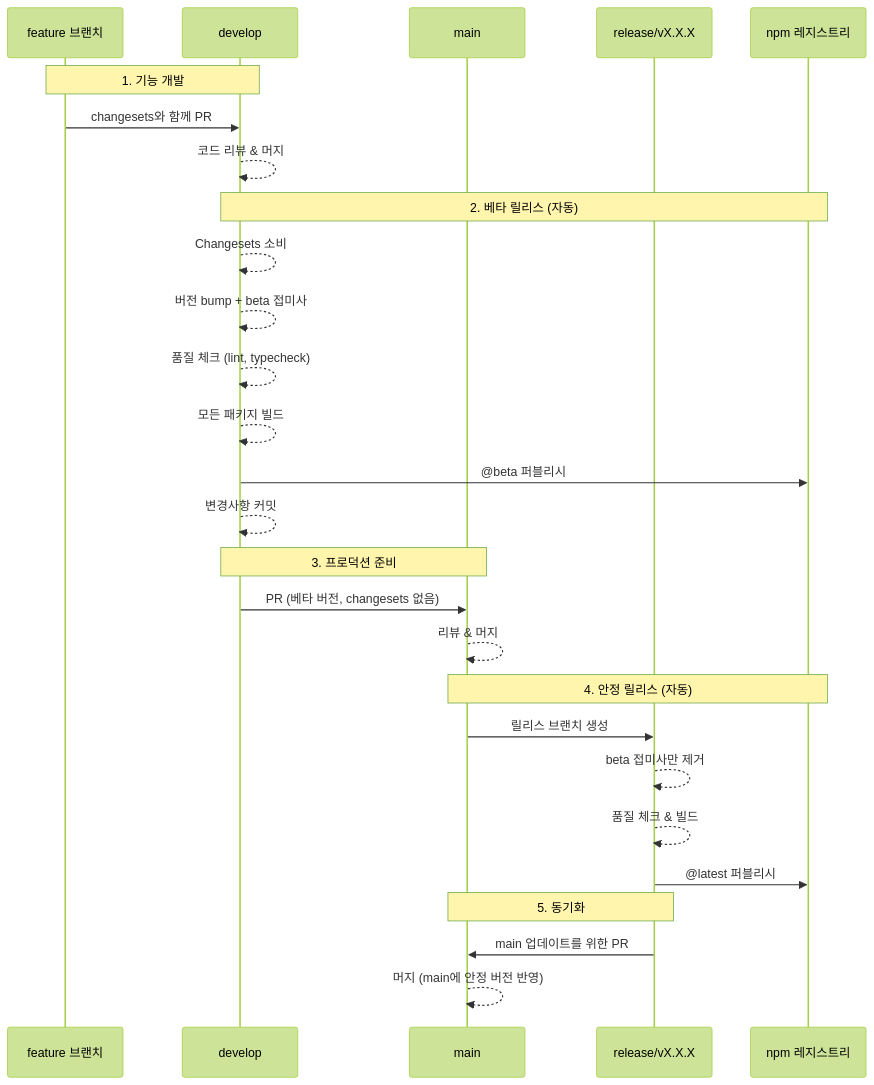
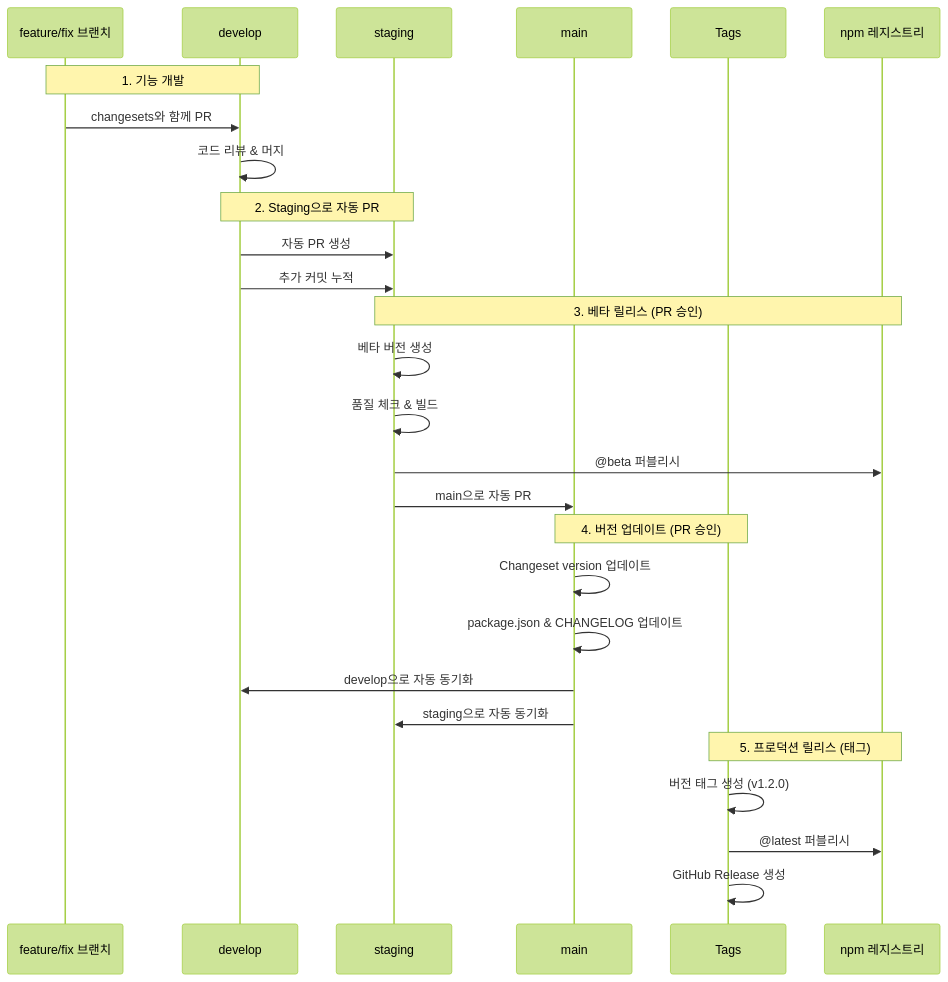
One commit to vue-pivottable/vue3-pivottable changed the first of 2 diagrams in RELEASE_STRATEGY.ko.md. Above: the diagram before and after it, drawn with Mermaid (forest theme). The commit also changed other lines of this file and 9 other files, not shown here.

First line of the commit message:
feat: implement new Git Flow workflow strategy

````diff
--- a/RELEASE_STRATEGY.ko.md
+++ b/RELEASE_STRATEGY.ko.md
@@ -11,34 +11,34 @@
 ```mermaid
 sequenceDiagram
-    participant F as feature 브랜치
+    participant F as feature/fix 브랜치
     participant D as develop
+    participant S as staging
     participant M as main
-    participant R as release/vX.X.X
+    participant T as Tags
     participant NPM as npm 레지스트리
     
     Note over F,D: 1. 기능 개발
     F->>D: changesets와 함께 PR
-    D-->>D: 코드 리뷰 & 머지
+    D->>D: 코드 리뷰 & 머지
     
-    Note over D,NPM: 2. 베타 릴리스 (자동)
-    D-->>D: Changesets 소비
-    D-->>D: 버전 bump + beta 접미사
-    D-->>D: 품질 체크 (lint, typecheck)
-    D-->>D: 모든 패키지 빌드
-    D->>NPM: @beta 퍼블리시
-    D-->>D: 변경사항 커밋
+    Note over D,S: 2. Staging으로 자동 PR
+    D->>S: 자동 PR 생성
+    D->>S: 추가 커밋 누적
     
-    Note over D,M: 3. 프로덕션 준비
-    D->>M: PR (베타 버전, changesets 없음)
-    M-->>M: 리뷰 & 머지
+    Note over S,NPM: 3. 베타 릴리스 (PR 승인)
+    S->>S: 베타 버전 생성
+    S->>S: 품질 체크 & 빌드
+    S->>NPM: @beta 퍼블리시
+    S->>M: main으로 자동 PR
     
-    Note over M,NPM: 4. 안정 릴리스 (자동)
-    M->>R: 릴리스 브랜치 생성
-    R-->>R: beta 접미사만 제거
-    R-->>R: 품질 체크 & 빌드
-    R->>NPM: @latest 퍼블리시
+    Note over M,T: 4. 버전 업데이트 (PR 승인)
+    M->>M: Changeset version 업데이트
+    M->>M: package.json & CHANGELOG 업데이트
+    M->>D: develop으로 자동 동기화
+    M->>S: staging으로 자동 동기화
     
-    Note over R,M: 5. 동기화
-    R->>M: main 업데이트를 위한 PR
-    M-->>M: 머지 (main에 안정 버전 반영)
+    Note over T,NPM: 5. 프로덕션 릴리스 (태그)
+    T->>T: 버전 태그 생성 (v1.2.0)
+    T->>NPM: @latest 퍼블리시
+    T->>T: GitHub Release 생성
 ```
````
